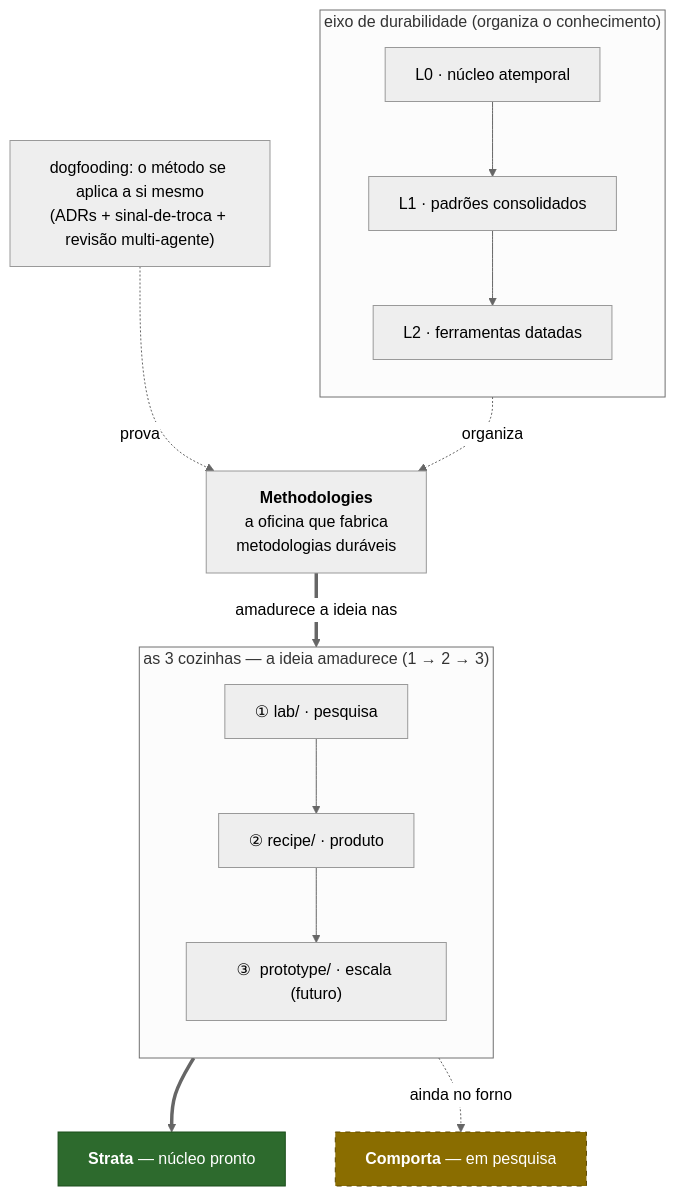
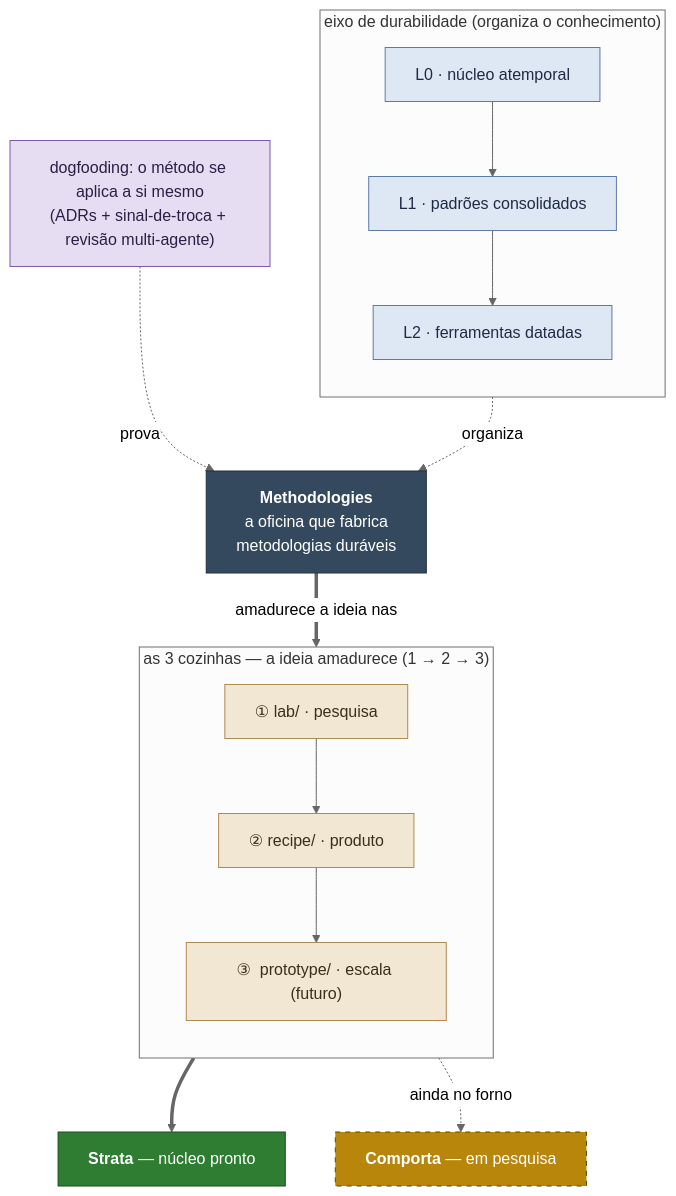
Before and after one commit to LeoPR/Methodologies: the diagram in README.md, drawn with Mermaid (neutral theme).

Commit message:
cosmetico(README/mermaid): cor explicita em TODOS os nos (corrige cinza no GitHub / vermelho-do-tema no VSCode); paleta comportada e semantica; formato e texto inalterados

````diff
--- a/README.md
+++ b/README.md
@@ -70,27 +70,35 @@
 ```mermaid
 flowchart TB
     OFICINA["<b>Methodologies</b><br/>a oficina que fabrica<br/>metodologias duráveis"]
 
     subgraph DUR["eixo de durabilidade (organiza o conhecimento)"]
         direction TB
         L0["L0 · núcleo atemporal"] --> L1["L1 · padrões consolidados"] --> L2["L2 · ferramentas datadas"]
     end
 
     subgraph COZ["as 3 cozinhas — a ideia amadurece (1 → 2 → 3)"]
         direction TB
         LAB["①  lab/ · pesquisa"] --> REC["②  recipe/ · produto"] --> PROTO["③  prototype/ · escala (futuro)"]
     end
 
     DOG["dogfooding: o método se aplica a si mesmo<br/>(ADRs + sinal-de-troca + revisão multi-agente)"]
 
     DUR -.->|organiza| OFICINA
     DOG -.->|prova| OFICINA
     OFICINA ==>|amadurece a ideia nas| COZ
     REC ==> STRATA["<b>Strata</b> — núcleo pronto"]
     LAB -.->|ainda no forno| ECON["<b>Comporta</b> — em pesquisa"]
 
-    classDef done fill:#2d6a2d,stroke:#1b4d1b,color:#fff;
-    classDef wip fill:#8a6d00,stroke:#5c4900,color:#fff,stroke-dasharray:5 5;
+    classDef hub fill:#34495e,stroke:#22303f,color:#ffffff;
+    classDef dur fill:#dde8f4,stroke:#5b7aa8,color:#1f2a44;
+    classDef coz fill:#f1e7d3,stroke:#b08a4f,color:#3a2f17;
+    classDef dog fill:#e7ddf2,stroke:#7a5ba8,color:#2a1f44;
+    classDef done fill:#2e7d32,stroke:#1b4d1b,color:#ffffff;
+    classDef wip fill:#b8860b,stroke:#5c4900,color:#ffffff,stroke-dasharray:5 5;
+    class OFICINA hub;
+    class L0,L1,L2 dur;
+    class LAB,REC,PROTO coz;
+    class DOG dog;
     class STRATA done;
     class ECON wip;
 ```
````
